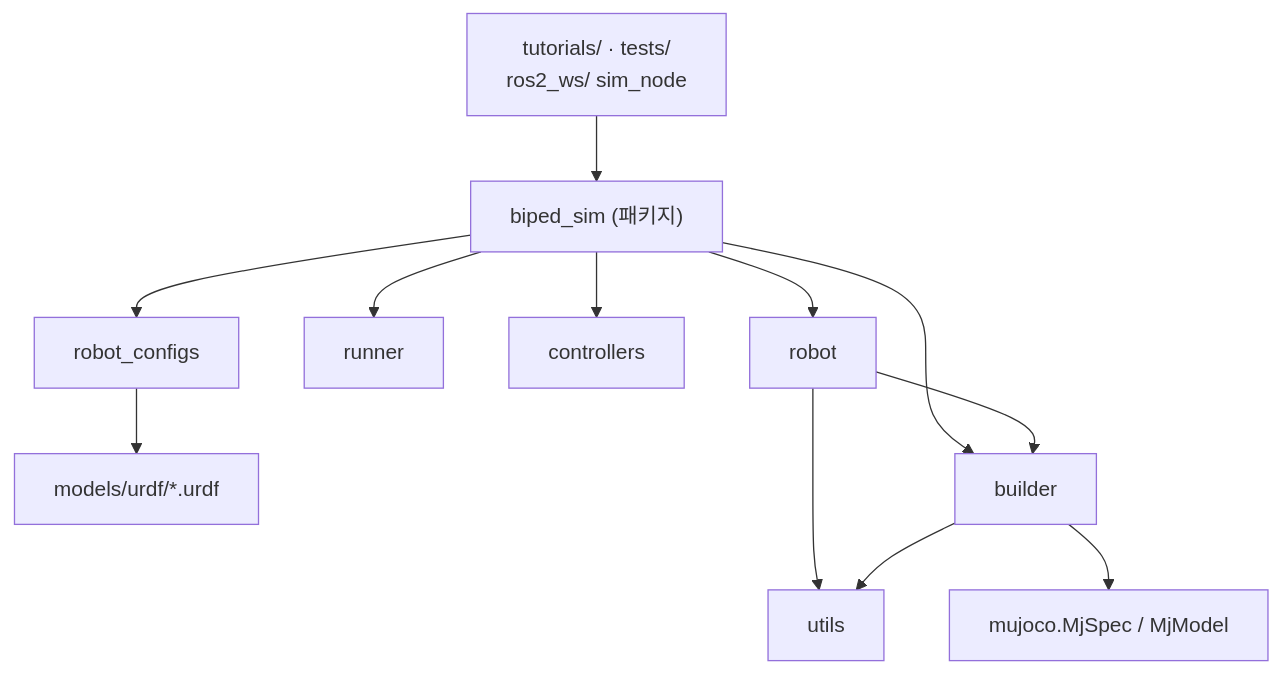
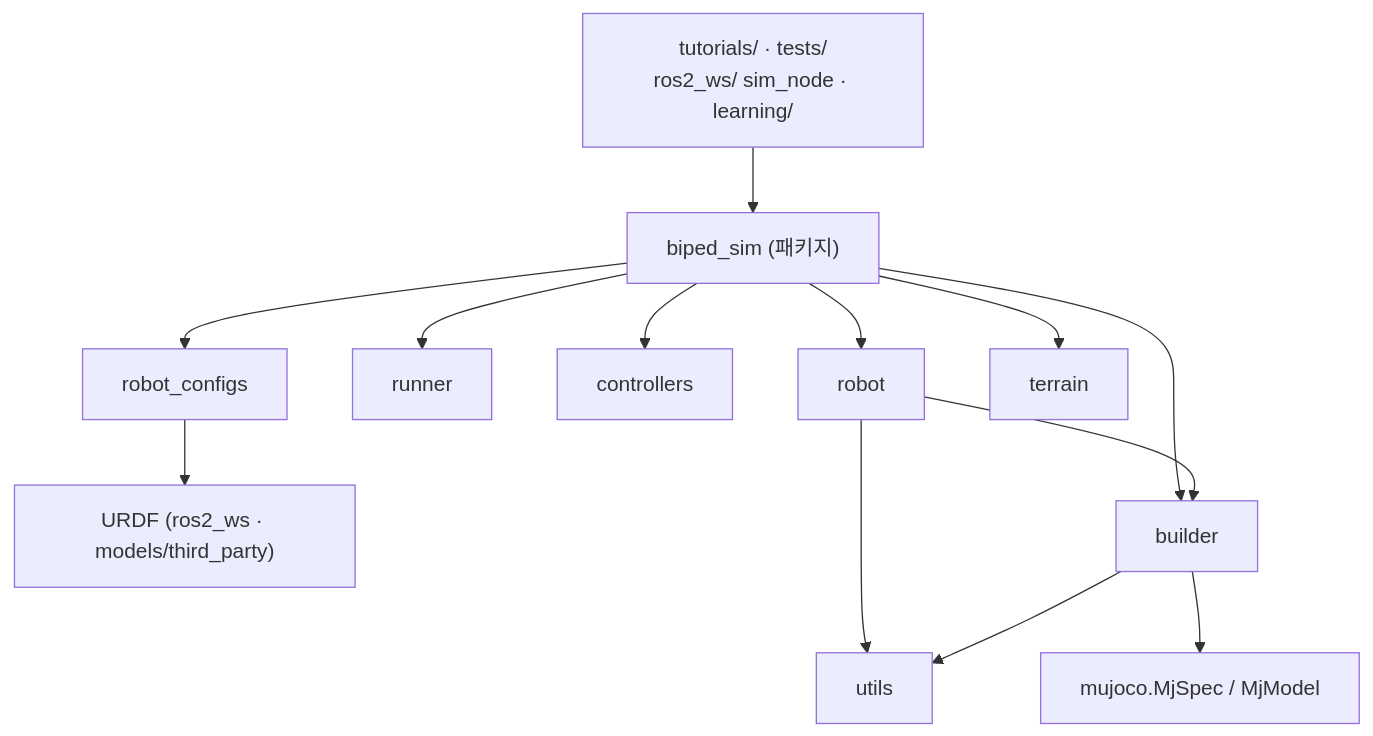
Before and after one commit to joshualikaist/Giga: the second of 2 diagrams in README.md, drawn with Mermaid. The commit also changed other lines of this file and 2 other files, not shown here.

````diff
--- a/README.md
+++ b/README.md
@@ -463,9 +587,9 @@
 ```mermaid
 flowchart TD
-  T["tutorials/ · tests/<br/>ros2_ws/ sim_node"] --> API["biped_sim (패키지)"]
-  API --> CFG[robot_configs] --> URDF["models/urdf/*.urdf"]
-  API --> RUN[runner] & CTL[controllers] & ROB[robot] & BLD[builder]
+  T["tutorials/ · tests/<br/>ros2_ws/ sim_node · learning/"] --> API["biped_sim (패키지)"]
+  API --> CFG[robot_configs] --> URDF["URDF (ros2_ws · models/third_party)"]
+  API --> RUN[runner] & CTL[controllers] & ROB[robot] & BLD[builder] & TER[terrain]
   ROB --> BLD
   ROB & BLD --> UT[utils]
   BLD --> MJ["mujoco.MjSpec / MjModel"]
 ```
````
